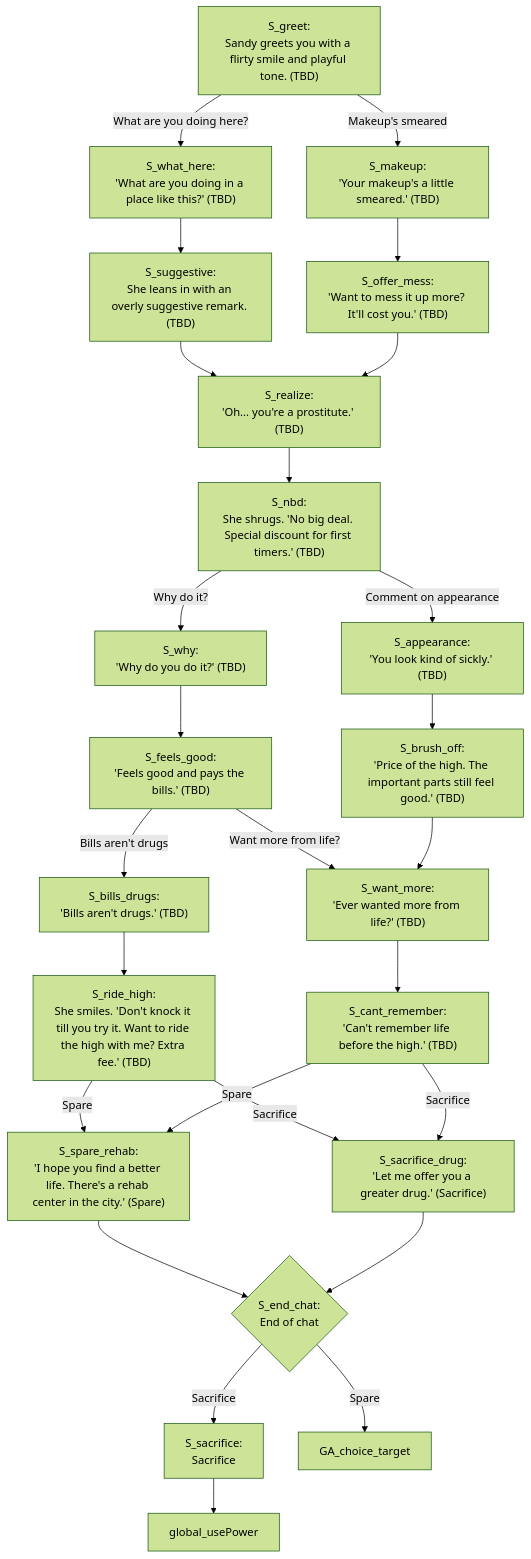
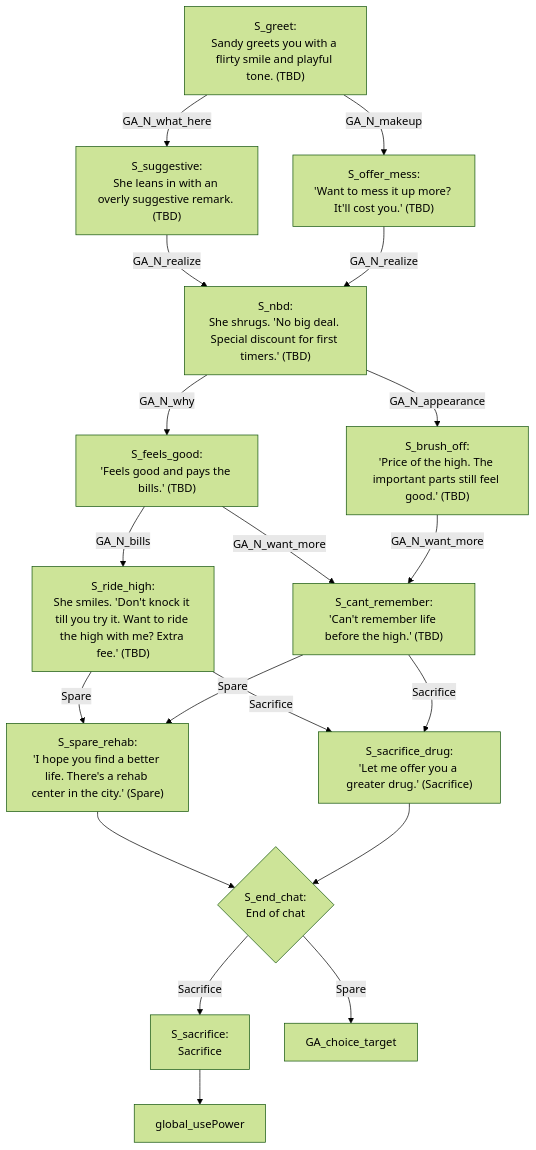
Before and after one commit to ivalace/horror-game-jam-2025: the diagram in Sandy.mmd, drawn with Mermaid (forest theme). The commit also changed 2 other files, not shown here.

Commit message:
corrected node IDs and cleaned flow for GA location

```diff
--- a/Sandy.mmd
+++ b/Sandy.mmd
@@ -1,29 +1,22 @@
 flowchart TD
 direction LR
-S_greet["S_greet:<br/>Sandy greets you with a flirty smile and playful tone. (TBD)"] -->|What are you doing here?| S_what_here
-S_greet -->|Makeup's smeared| S_makeup
-S_what_here["S_what_here:<br/>'What are you doing in a place like this?' (TBD)"] --> S_suggestive
-S_suggestive["S_suggestive:<br/>She leans in with an overly suggestive remark. (TBD)"] --> S_realize
-S_makeup["S_makeup:<br/>'Your makeup's a little smeared.' (TBD)"] --> S_offer_mess
-S_offer_mess["S_offer_mess:<br/>'Want to mess it up more? It'll cost you.' (TBD)"] --> S_realize
-S_realize["S_realize:<br/>'Oh... you're a prostitute.' (TBD)"] --> S_nbd
-S_nbd["S_nbd:<br/>She shrugs. 'No big deal. Special discount for first timers.' (TBD)"] -->|Why do it?| S_why
-S_nbd -->|Comment on appearance| S_appearance
-S_why["S_why:<br/>'Why do you do it?' (TBD)"] --> S_feels_good
-S_feels_good["S_feels_good:<br/>'Feels good and pays the bills.' (TBD)"] -->|Bills aren't drugs| S_bills_drugs
-S_feels_good -->|Want more from life?| S_want_more
-S_bills_drugs["S_bills_drugs:<br/>'Bills aren't drugs.' (TBD)"] --> S_ride_high
+S_greet["S_greet:<br/>Sandy greets you with a flirty smile and playful tone. (TBD)"] -->|GA_N_what_here| S_suggestive
+S_greet -->|GA_N_makeup| S_offer_mess
+S_suggestive["S_suggestive:<br/>She leans in with an overly suggestive remark. (TBD)"] --> |GA_N_realize| S_nbd
+S_offer_mess["S_offer_mess:<br/>'Want to mess it up more? It'll cost you.' (TBD)"] --> |GA_N_realize| S_nbd
+S_nbd["S_nbd:<br/>She shrugs. 'No big deal. Special discount for first timers.' (TBD)"] -->|GA_N_why| S_feels_good
+S_nbd -->|GA_N_appearance| S_brush_off
+S_feels_good["S_feels_good:<br/>'Feels good and pays the bills.' (TBD)"] -->|GA_N_bills| S_ride_high
+S_feels_good -->|GA_N_want_more| S_cant_remember
 S_ride_high["S_ride_high:<br/>She smiles. 'Don't knock it till you try it. Want to ride the high with me? Extra fee.' (TBD)"] -->|Spare| S_spare_rehab
 S_ride_high -->|Sacrifice| S_sacrifice_drug
 S_cant_remember["S_cant_remember:<br/>'Can't remember life before the high.' (TBD)"] -->|Spare| S_spare_rehab
 S_cant_remember -->|Sacrifice| S_sacrifice_drug
 S_spare_rehab["S_spare_rehab:<br/>'I hope you find a better life. There's a rehab center in the city.' (Spare)"] --> S_end_chat
 S_sacrifice_drug["S_sacrifice_drug:<br/>'Let me offer you a greater drug.' (Sacrifice)"] --> S_end_chat
-S_want_more["S_want_more:<br/>'Ever wanted more from life?' (TBD)"] --> S_cant_remember
-S_appearance["S_appearance:<br/>'You look kind of sickly.' (TBD)"] --> S_brush_off
-S_brush_off["S_brush_off:<br/>'Price of the high. The important parts still feel good.' (TBD)"] --> S_want_more
+S_brush_off["S_brush_off:<br/>'Price of the high. The important parts still feel good.' (TBD)"] --> |GA_N_want_more| S_cant_remember
 
 S_end_chat{"S_end_chat:<br/>End of chat"} -->|Sacrifice| S_sacrifice
 S_end_chat -->|Spare| GA_choice_target
 
 S_sacrifice["S_sacrifice:<br/>Sacrifice"] --> global_usePower
```
